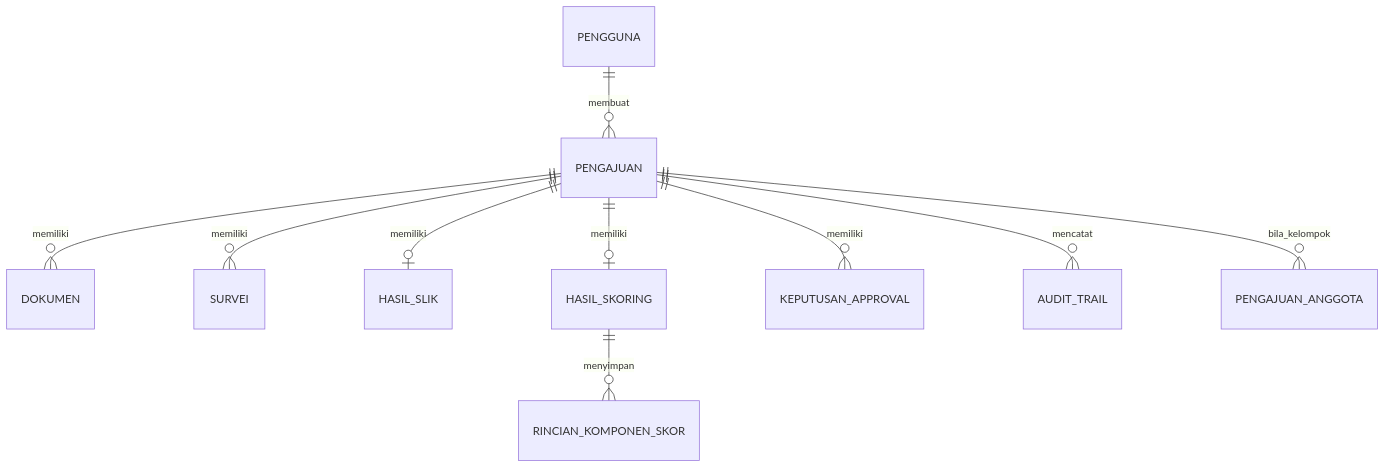
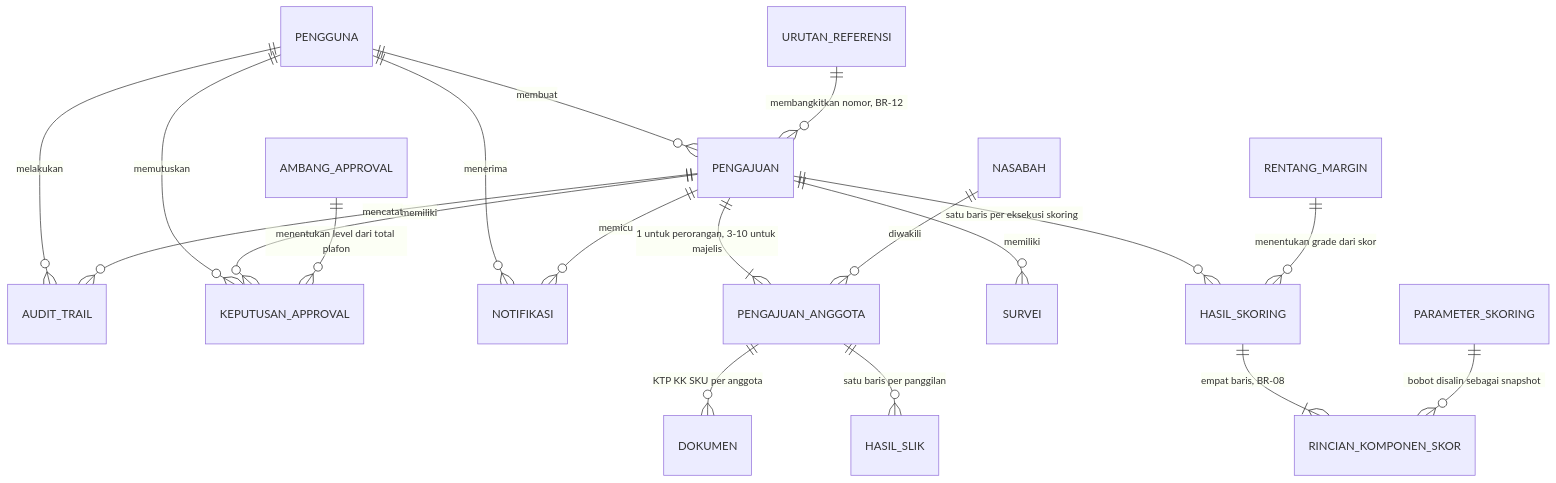
Before and after one commit to codebubub/iMitra-Tim-2: the second of 6 diagrams in docs/SDD-iMitra.md, drawn with Mermaid. The commit also changed other lines of this file and 3 other files, not shown here.

````diff
--- a/docs/SDD-iMitra.md
+++ b/docs/SDD-iMitra.md
@@ -142,12 +155,21 @@
 ```mermaid
 erDiagram
   PENGGUNA ||--o{ PENGAJUAN : membuat
-  PENGAJUAN ||--o{ DOKUMEN : memiliki
+  PENGGUNA ||--o{ AUDIT_TRAIL : melakukan
+  PENGGUNA ||--o{ KEPUTUSAN_APPROVAL : memutuskan
+  PENGGUNA ||--o{ NOTIFIKASI : menerima
+  PENGAJUAN ||--|{ PENGAJUAN_ANGGOTA : "1 untuk perorangan, 3-10 untuk majelis"
+  NASABAH ||--o{ PENGAJUAN_ANGGOTA : diwakili
+  PENGAJUAN_ANGGOTA ||--o{ DOKUMEN : "KTP KK SKU per anggota"
+  PENGAJUAN_ANGGOTA ||--o{ HASIL_SLIK : "satu baris per panggilan"
   PENGAJUAN ||--o{ SURVEI : memiliki
-  PENGAJUAN ||--o| HASIL_SLIK : memiliki
-  PENGAJUAN ||--o| HASIL_SKORING : memiliki
+  PENGAJUAN ||--o{ HASIL_SKORING : "satu baris per eksekusi skoring"
+  HASIL_SKORING ||--|{ RINCIAN_KOMPONEN_SKOR : "empat baris, BR-08"
   PENGAJUAN ||--o{ KEPUTUSAN_APPROVAL : memiliki
   PENGAJUAN ||--o{ AUDIT_TRAIL : mencatat
-  PENGAJUAN ||--o{ PENGAJUAN_ANGGOTA : bila_kelompok
-  HASIL_SKORING ||--o{ RINCIAN_KOMPONEN_SKOR : menyimpan
+  PENGAJUAN ||--o{ NOTIFIKASI : memicu
+  URUTAN_REFERENSI ||--o{ PENGAJUAN : "membangkitkan nomor, BR-12"
+  PARAMETER_SKORING ||--o{ RINCIAN_KOMPONEN_SKOR : "bobot disalin sebagai snapshot"
+  RENTANG_MARGIN ||--o{ HASIL_SKORING : "menentukan grade dari skor"
+  AMBANG_APPROVAL ||--o{ KEPUTUSAN_APPROVAL : "menentukan level dari total plafon"
 ```
````
